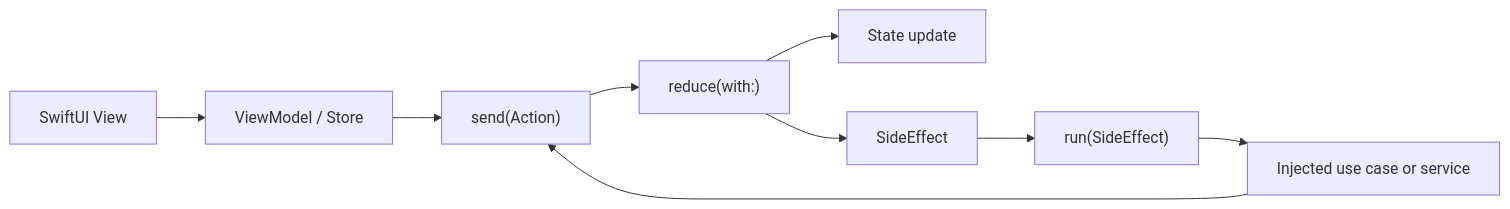
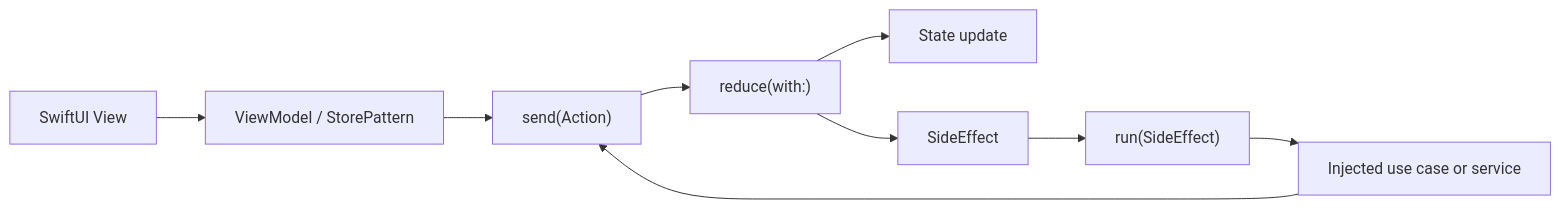
One commit to opficdev/DevLog_iOS changed the fourth of 9 diagrams in .hermes/skills/devlog-architecture-harness/references/devlog-architecture-flow.md. Above: the diagram before and after it, drawn with Mermaid. The commit also changed other lines of this file and 19 other files, not shown here.

````diff
--- a/.hermes/skills/devlog-architecture-harness/references/devlog-architecture-flow.md
+++ b/.hermes/skills/devlog-architecture-harness/references/devlog-architecture-flow.md
@@ -128,20 +128,20 @@
 ```mermaid
 flowchart LR
 	View["SwiftUI View"]
-	ViewModel["ViewModel / Store"]
+	ViewModel["ViewModel / StorePattern"]
 	Send["send(Action)"]
 	Reduce["reduce(with:)"]
 	State["State update"]
 	SideEffect["SideEffect"]
 	Run["run(SideEffect)"]
 	Service["Injected use case or service"]
 
 	View --> ViewModel
 	ViewModel --> Send
 	Send --> Reduce
 	Reduce --> State
 	Reduce --> SideEffect
 	SideEffect --> Run
 	Run --> Service
 	Service --> Send
 ```
````
